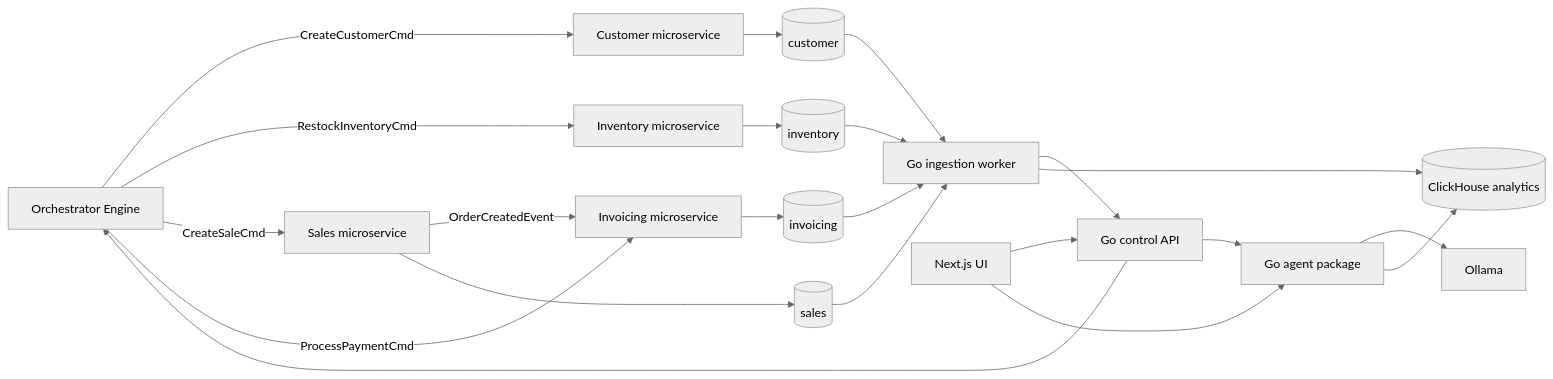
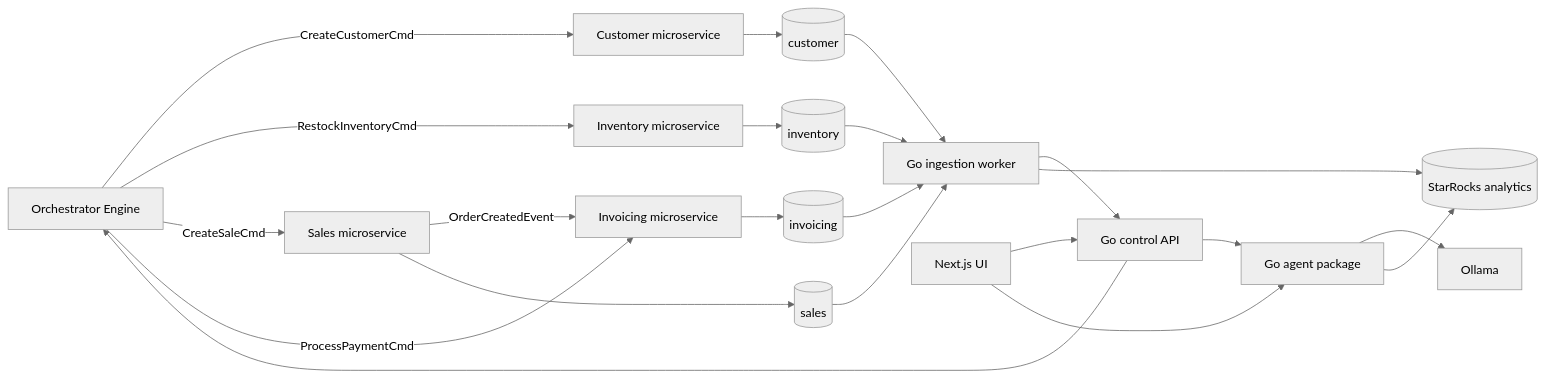
The diagram in CLAUDE.md (poph2/datastack), drawn with Mermaid (neutral theme) before and after one commit. The commit also changed other lines of this file and 10 other files, not shown here.

Commit message:
feat: migrate from ClickHouse to StarRocks across documentation, configurations, and codebase

````diff
--- a/CLAUDE.md
+++ b/CLAUDE.md
@@ -51,24 +51,24 @@
 ```mermaid
 flowchart LR
   Orchestrator[Orchestrator Engine] -- CreateCustomerCmd --> CustomerSvc[Customer microservice]
   Orchestrator -- RestockInventoryCmd --> InventorySvc[Inventory microservice]
   Orchestrator -- CreateSaleCmd --> SalesSvc[Sales microservice]
   Orchestrator -- ProcessPaymentCmd --> InvoicingSvc[Invoicing microservice]
   SalesSvc -- OrderCreatedEvent --> InvoicingSvc
   CustomerSvc --> CustomerDB[(customer)]
   InventorySvc --> InventoryDB[(inventory)]
   SalesSvc --> SalesDB[(sales)]
   InvoicingSvc --> InvoicingDB[(invoicing)]
   Ingestor[Go ingestion worker] --> ControlAPI[Go control API]
   ControlAPI --> Agent[Go agent package]
   ControlAPI --> Orchestrator
   CustomerDB --> Ingestor
   InventoryDB --> Ingestor
   SalesDB --> Ingestor
   InvoicingDB --> Ingestor
-  Ingestor --> ClickHouse[(ClickHouse analytics)]
+  Ingestor --> StarRocks[(StarRocks analytics)]
   UI[Next.js UI] --> ControlAPI
   UI --> Agent
   Agent --> Ollama[Ollama]
-  Agent --> ClickHouse
+  Agent --> StarRocks
 ```
````
